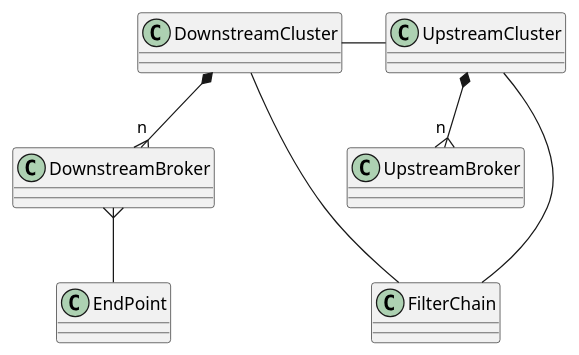
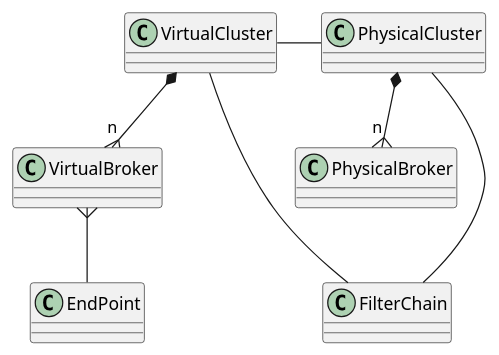
One commit to kroxylicious/design changed the diagram in proposals/001/UML/uml.puml. Above: the diagram before and after it, drawn with PlantUML.

```diff
--- a/proposals/001/UML/uml.puml
+++ b/proposals/001/UML/uml.puml
@@ -1,11 +1,11 @@
 @startuml
 
-DownstreamCluster - UpstreamCluster
+VirtualCluster - PhysicalCluster
 
-DownstreamCluster *--{ "n" DownstreamBroker
-UpstreamCluster *--{ "n" UpstreamBroker
+VirtualCluster *--{ "n" VirtualBroker
+PhysicalCluster *--{ "n" PhysicalBroker
 
-DownstreamBroker }-- EndPoint
-DownstreamCluster --- FilterChain
-UpstreamCluster --- FilterChain
+VirtualBroker }-- EndPoint
+VirtualCluster --- FilterChain
+PhysicalCluster --- FilterChain
 @enduml
```
